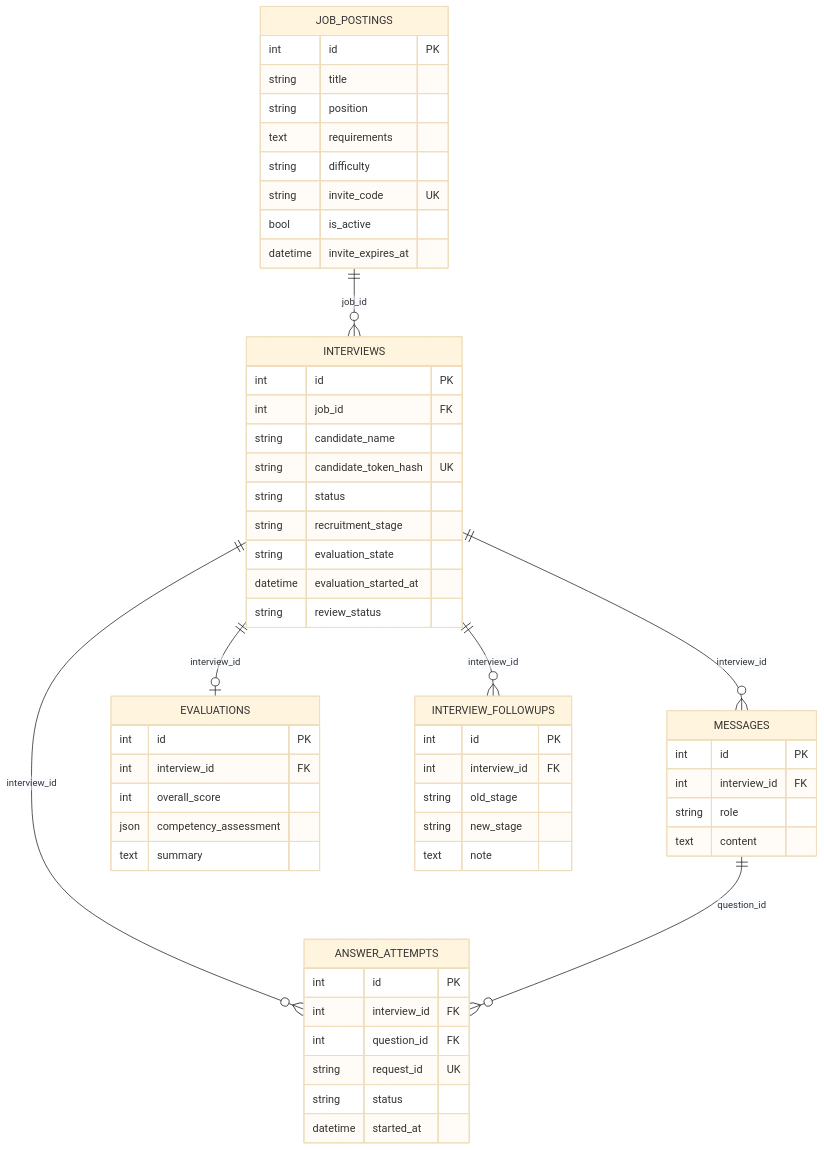
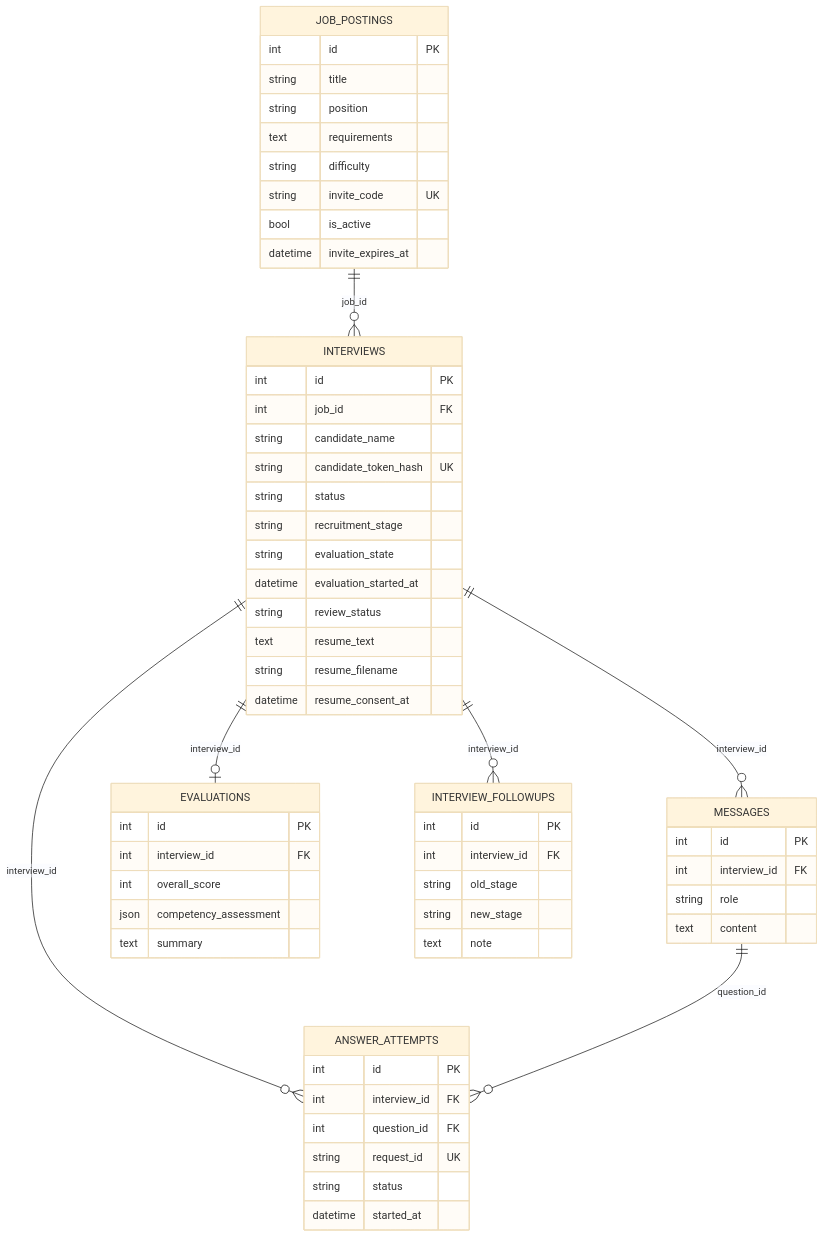
One commit to yzq050321/InterviewPilot changed the second of 2 diagrams in README.md. Above: the diagram before and after it, drawn with Mermaid (base theme). The commit also changed other lines of this file and 21 other files, not shown here.

````diff
--- a/README.md
+++ b/README.md
@@ -242,59 +268,62 @@
 ```mermaid
 erDiagram
     JOB_POSTINGS ||--o{ INTERVIEWS : "job_id"
     INTERVIEWS ||--o{ MESSAGES : "interview_id"
     INTERVIEWS ||--o| EVALUATIONS : "interview_id"
     INTERVIEWS ||--o{ INTERVIEW_FOLLOWUPS : "interview_id"
     INTERVIEWS ||--o{ ANSWER_ATTEMPTS : "interview_id"
     MESSAGES ||--o{ ANSWER_ATTEMPTS : "question_id"
 
     JOB_POSTINGS {
         int id PK
         string title
         string position
         text requirements
         string difficulty
         string invite_code UK
         bool is_active
         datetime invite_expires_at
     }
     INTERVIEWS {
         int id PK
         int job_id FK
         string candidate_name
         string candidate_token_hash UK
         string status
         string recruitment_stage
         string evaluation_state
         datetime evaluation_started_at
         string review_status
+        text resume_text
+        string resume_filename
+        datetime resume_consent_at
     }
     MESSAGES {
         int id PK
         int interview_id FK
         string role
         text content
     }
     EVALUATIONS {
         int id PK
         int interview_id FK
         int overall_score
         json competency_assessment
         text summary
     }
     INTERVIEW_FOLLOWUPS {
         int id PK
         int interview_id FK
         string old_stage
         string new_stage
         text note
     }
     ANSWER_ATTEMPTS {
         int id PK
         int interview_id FK
         int question_id FK
         string request_id UK
         string status
         datetime started_at
     }
 ```
````
